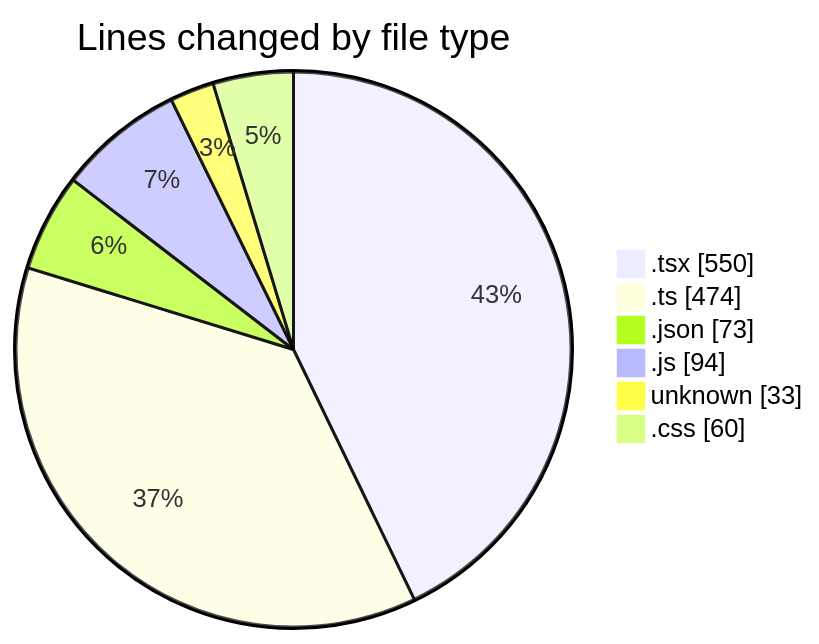
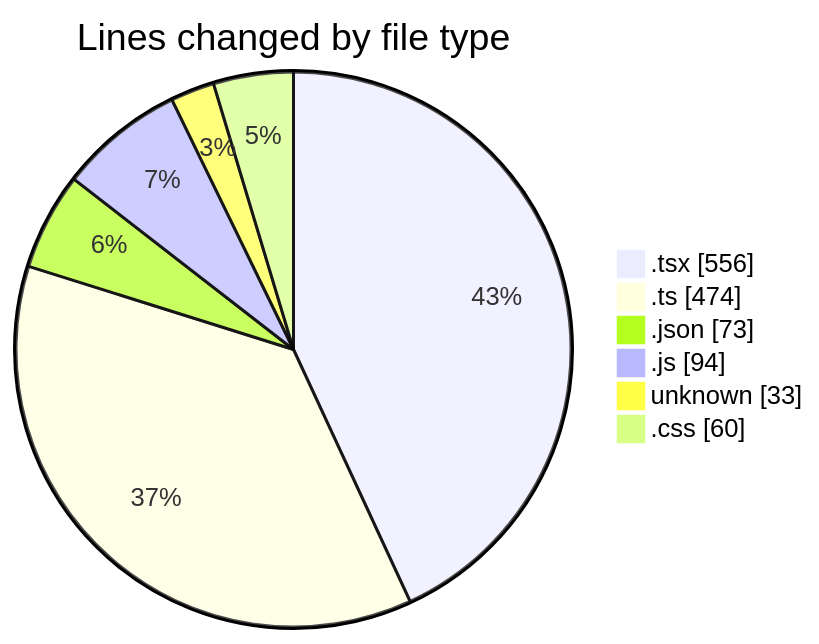
One commit to robertbonfada/code-tracking changed the first of 2 diagrams in 2025-01-20/mbc-web/README.md. Above: the diagram before and after it, drawn with Mermaid. The commit also changed other lines of this file and 1 other file, not shown here.

````diff
--- a/2025-01-20/mbc-web/README.md
+++ b/2025-01-20/mbc-web/README.md
@@ -36,10 +36,10 @@
 ```mermaid
 pie showData
 title Lines changed by file type
-".tsx" : 550
+".tsx" : 556
 ".ts" : 474
 ".json" : 73
 ".js" : 94
 "unknown" : 33
 ".css" : 60
 ```
````
